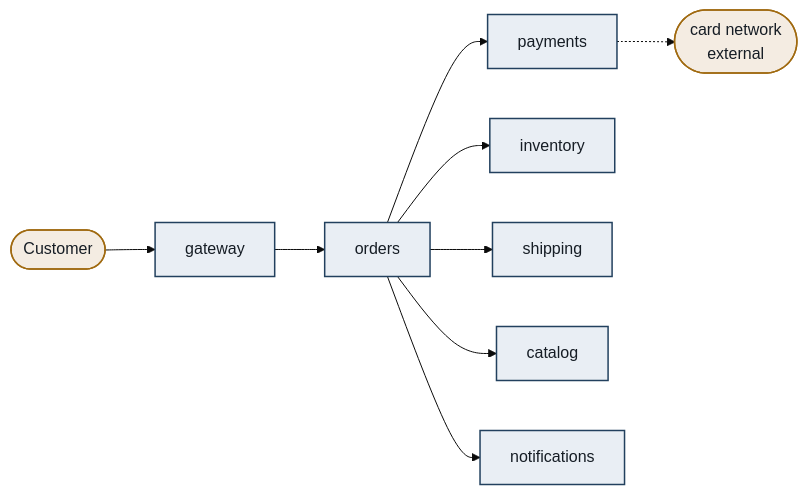
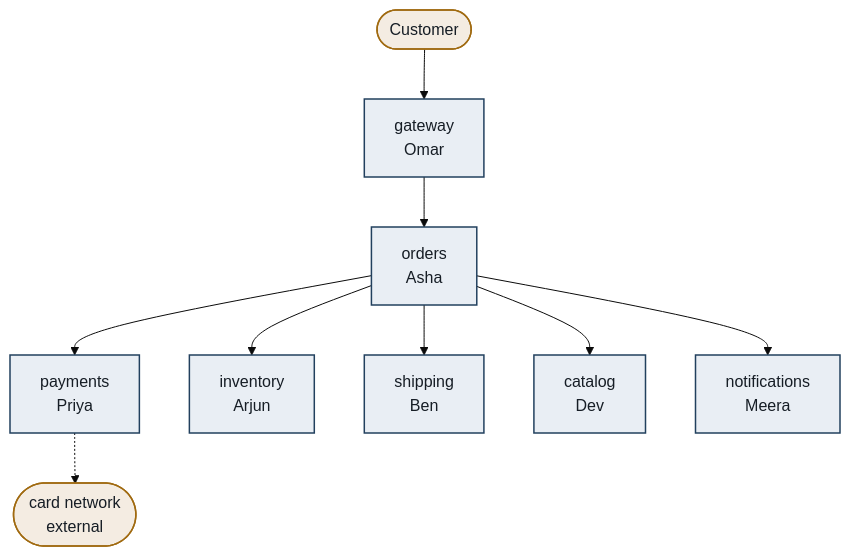
Before and after one commit to ravivarmachaluvadi/Learning: the first of 4 diagrams in 56-microservices/README.md, drawn with Mermaid (base theme). The commit also changed other lines of this file and 1 other file, not shown here.

````diff
--- a/56-microservices/README.md
+++ b/56-microservices/README.md
@@ -740,15 +830,15 @@
 ```mermaid
-flowchart LR
-  C([Customer]) --> G[gateway]
-  G --> O[orders]
-  O --> P[payments]
-  O --> I[inventory]
-  O --> S[shipping]
-  O --> CAT[catalog]
-  O --> N[notifications]
-  P -.-> PSP([card network<br/>external])
+flowchart TD
+  C([Customer]) --> G[gateway<br>Omar]
+  G --> O[orders<br>Asha]
+  O --> P[payments<br>Priya]
+  O --> I[inventory<br>Arjun]
+  O --> S[shipping<br>Ben]
+  O --> CAT[catalog<br>Dev]
+  O --> N[notifications<br>Meera]
+  P -.-> PSP([card network<br>external])
   classDef svc fill:#e9eef4,stroke:#22405e,stroke-width:1.5px,color:#161d25
   classDef ext fill:#f4ece2,stroke:#a06a10,stroke-width:1.5px,color:#161d25
   class G,O,P,I,S,CAT,N svc
   class C,PSP ext
 ```
````
